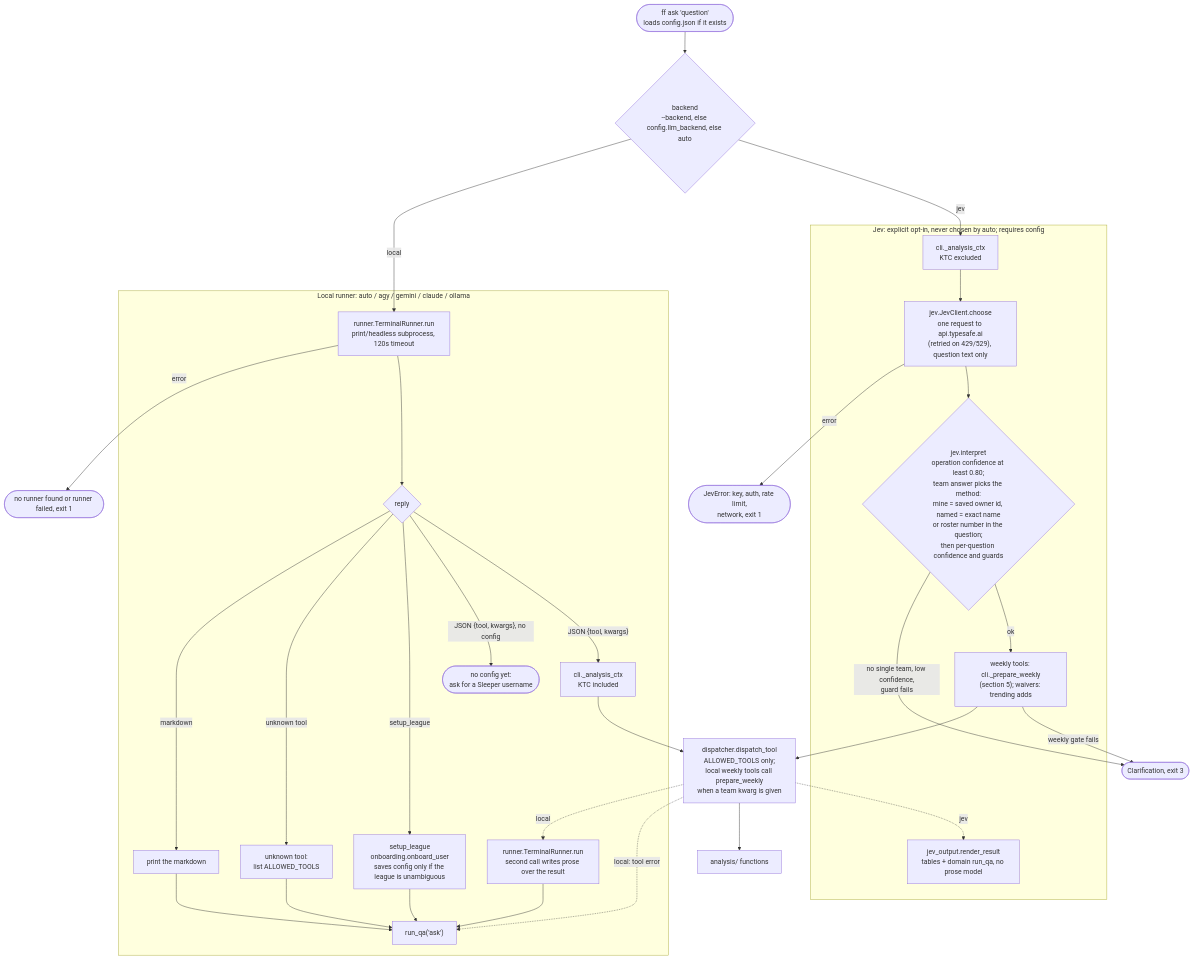
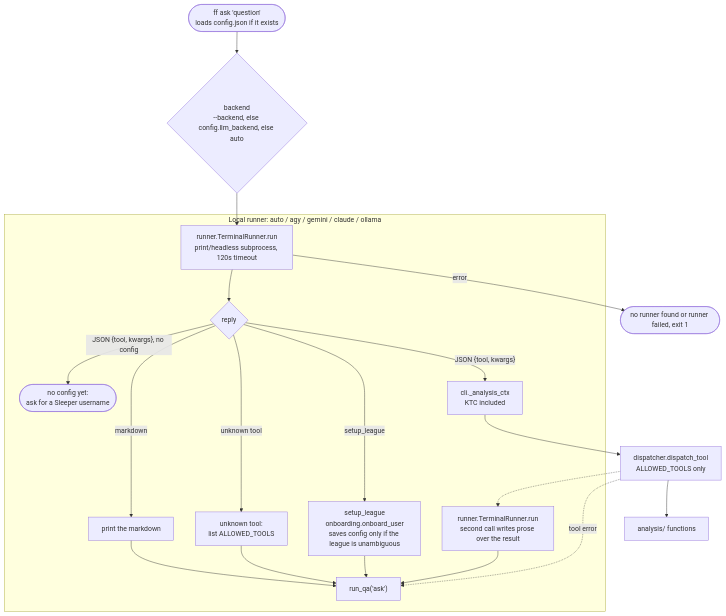
The seventh of 7 diagrams in docs/architecture.md (savvides/ff), drawn with Mermaid before and after one commit. The commit also changed other lines of this file and 23 other files, not shown here.

First line of the commit message:
Remove hosted Jev backend and internalize weekly rendering helpers (#45)

````diff
--- a/docs/architecture.md
+++ b/docs/architecture.md
@@ -361,53 +355,35 @@
 ```mermaid
 flowchart TD
   q(["ff ask 'question'<br/>loads config.json if it exists"])
   pick{"backend<br/>--backend, else config.llm_backend, else auto"}
 
   subgraph localpath["Local runner: auto / agy / gemini / claude / ollama"]
     run1["runner.TerminalRunner.run<br/>print/headless subprocess, 120s timeout"]
     reply{"reply"}
     prose1["print the markdown"]
     onboard["setup_league<br/>onboarding.onboard_user<br/>saves config only if the league is unambiguous"]
     unknown["unknown tool:<br/>list ALLOWED_TOOLS"]
     nocfg(["no config yet:<br/>ask for a Sleeper username"])
     ctxl["cli._analysis_ctx<br/>KTC included"]
     run2["runner.TerminalRunner.run<br/>second call writes prose over the result"]
     qal["run_qa('ask')"]
   end
 
-  subgraph jevpath["Jev: explicit opt-in, never chosen by auto; requires config"]
-    ctxj["cli._analysis_ctx<br/>KTC excluded"]
-    choose["jev.JevClient.choose<br/>one request to api.typesafe.ai<br/>(retried on 429/529), question text only"]
-    interp{"jev.interpret<br/>operation confidence at least 0.80;<br/>team answer picks the method:<br/>mine = saved owner id, named = exact name<br/>or roster number in the question;<br/>then per-question confidence and guards"}
-    weeklyprep["weekly tools: cli._prepare_weekly<br/>(section 5); waivers: trending adds"]
-    render["jev_output.render_result<br/>tables + domain run_qa, no prose model"]
-  end
-
-  clar(["Clarification, exit 3"])
-  jerr(["JevError: key, auth, rate limit,<br/>network, exit 1"])
   rerr(["no runner found or runner failed, exit 1"])
-  dispatch["dispatcher.dispatch_tool<br/>ALLOWED_TOOLS only;<br/>local weekly tools call prepare_weekly<br/>when a team kwarg is given"]
+  dispatch["dispatcher.dispatch_tool<br/>ALLOWED_TOOLS only"]
   analysis["analysis/ functions"]
 
   q --> pick
-  pick -- local --> run1
+  pick --> run1
   run1 -- error --> rerr
   run1 --> reply
   reply -- markdown --> prose1 --> qal
   reply -- unknown tool --> unknown --> qal
   reply -- setup_league --> onboard --> qal
   reply -- "JSON {tool, kwargs}, no config" --> nocfg
   reply -- "JSON {tool, kwargs}" --> ctxl --> dispatch
-  dispatch -. local .-> run2 --> qal
-  dispatch -. "local: tool error" .-> qal
-
-  pick -- jev --> ctxj --> choose
-  choose -- error --> jerr
-  choose --> interp
-  interp -- "no single team, low confidence,<br/>guard fails" --> clar
-  interp -- ok --> weeklyprep --> dispatch
-  weeklyprep -- weekly gate fails --> clar
-  dispatch -. jev .-> render
+  dispatch -.-> run2 --> qal
+  dispatch -. "tool error" .-> qal
 
   dispatch --> analysis
 ```
````
